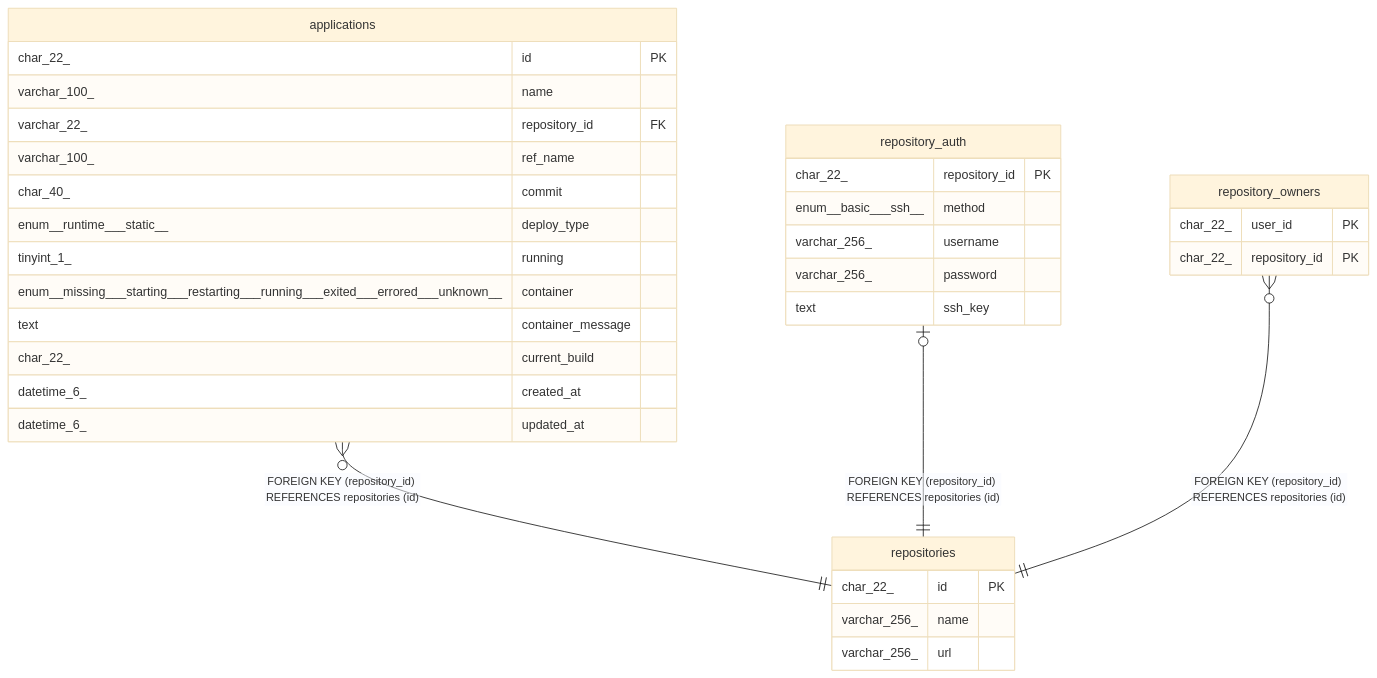
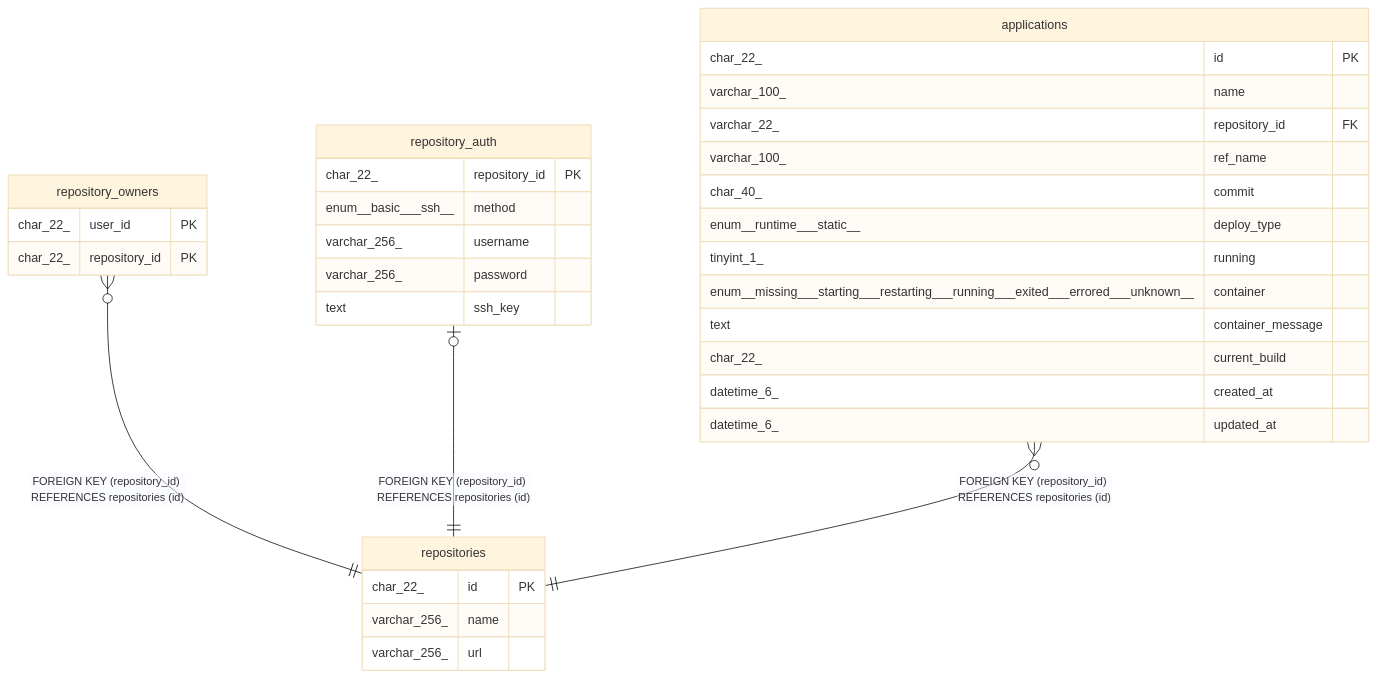
One commit to traPtitech/NeoShowcase changed the diagram in docs/dbschema/repositories.md. Above: the diagram before and after it, drawn with Mermaid (base theme). The commit also changed other lines of this file and 15 other files, not shown here.

````diff
--- a/docs/dbschema/repositories.md
+++ b/docs/dbschema/repositories.md
@@ -46,38 +46,38 @@
 ```mermaid
 erDiagram
 
+"repository_owners" }o--|| "repositories" : "FOREIGN KEY (repository_id) REFERENCES repositories (id)"
+"repository_auth" |o--|| "repositories" : "FOREIGN KEY (repository_id) REFERENCES repositories (id)"
 "applications" }o--|| "repositories" : "FOREIGN KEY (repository_id) REFERENCES repositories (id)"
-"repository_auth" |o--|| "repositories" : "FOREIGN KEY (repository_id) REFERENCES repositories (id)"
-"repository_owners" }o--|| "repositories" : "FOREIGN KEY (repository_id) REFERENCES repositories (id)"
 
 "repositories" {
   char_22_ id PK
   varchar_256_ name
   varchar_256_ url
+}
+"repository_owners" {
+  char_22_ user_id PK
+  char_22_ repository_id PK
+}
+"repository_auth" {
+  char_22_ repository_id PK
+  enum__basic___ssh__ method
+  varchar_256_ username
+  varchar_256_ password
+  text ssh_key
 }
 "applications" {
   char_22_ id PK
   varchar_100_ name
   varchar_22_ repository_id FK
   varchar_100_ ref_name
   char_40_ commit
   enum__runtime___static__ deploy_type
   tinyint_1_ running
   enum__missing___starting___restarting___running___exited___errored___unknown__ container
   text container_message
   char_22_ current_build
   datetime_6_ created_at
   datetime_6_ updated_at
 }
-"repository_auth" {
-  char_22_ repository_id PK
-  enum__basic___ssh__ method
-  varchar_256_ username
-  varchar_256_ password
-  text ssh_key
-}
-"repository_owners" {
-  char_22_ user_id PK
-  char_22_ repository_id PK
-}
 ```
````
